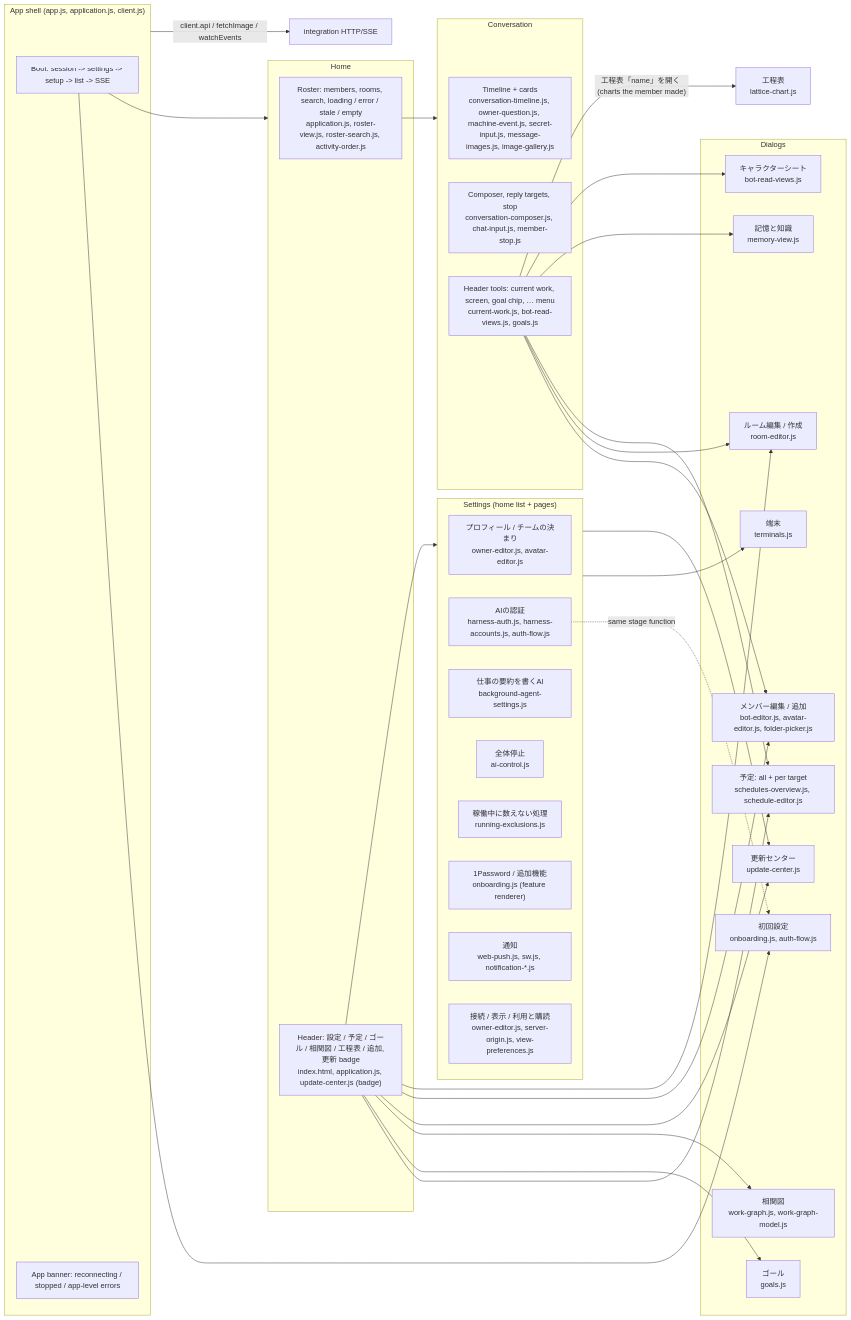
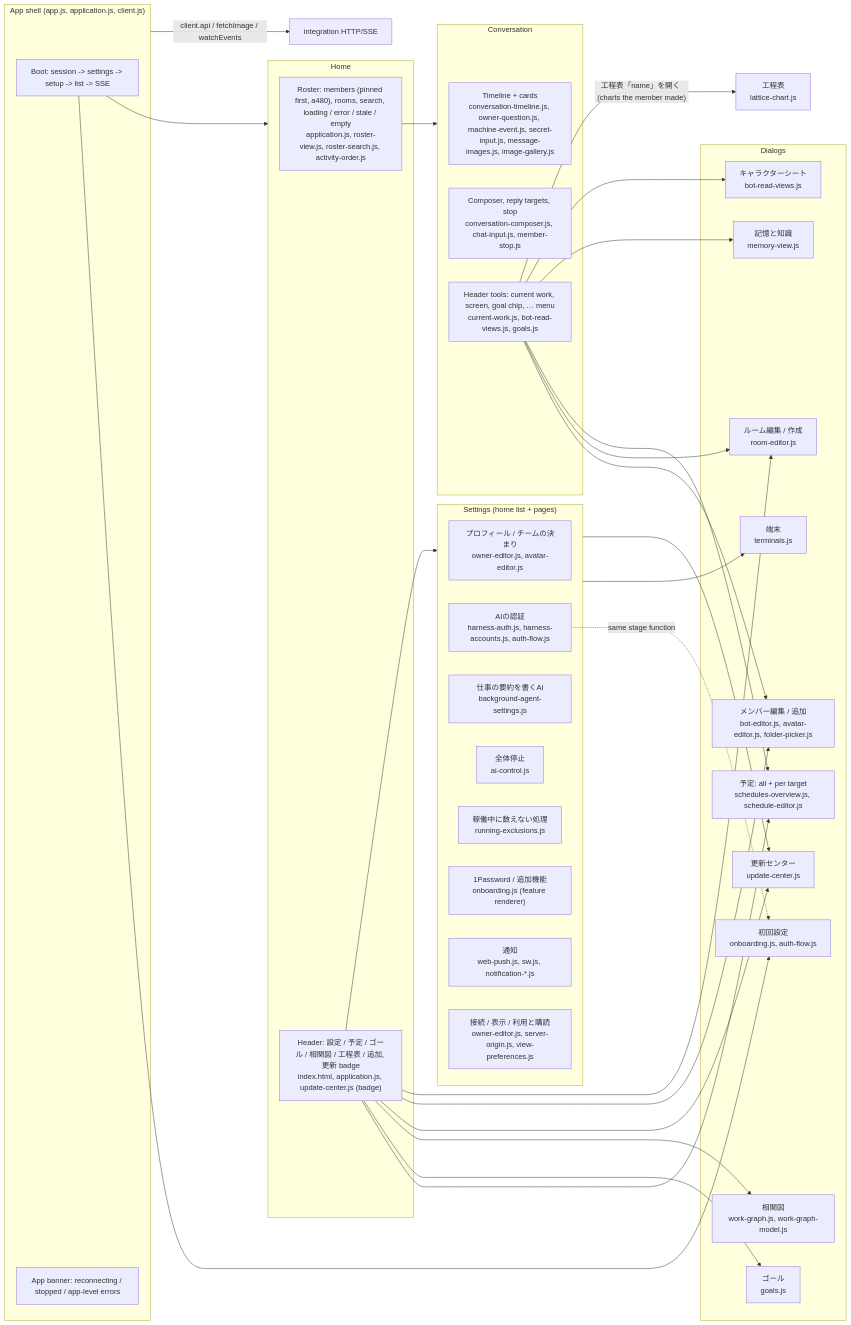
One commit to kitepon/BellTeam changed the diagram in docs/architecture/modules/web/user-functions.md. Above: the diagram before and after it, drawn with Mermaid. The commit also changed other lines of this file and 5 other files, not shown here.

Commit message:
a480-pin-web: pin/unpin a Bot from the Web member menu, pinned Bots first in the list

````diff
--- a/docs/architecture/modules/web/user-functions.md
+++ b/docs/architecture/modules/web/user-functions.md
@@ -5,58 +5,58 @@
 ```mermaid
 flowchart LR
   subgraph Shell["App shell (app.js, application.js, client.js)"]
     Boot["Boot: session -> settings -> setup -> list -> SSE"]
     Banner["App banner: reconnecting / stopped / app-level errors"]
   end
   subgraph Home["Home"]
-    Roster["Roster: members, rooms, search, loading / error / stale / empty<br/>application.js, roster-view.js, roster-search.js, activity-order.js"]
+    Roster["Roster: members (pinned first, a480), rooms, search, loading / error / stale / empty<br/>application.js, roster-view.js, roster-search.js, activity-order.js"]
     Header["Header: 設定 / 予定 / ゴール / 相関図 / 工程表 / 追加, 更新 badge<br/>index.html, application.js, update-center.js (badge)"]
   end
   subgraph Chat["Conversation"]
     Timeline["Timeline + cards<br/>conversation-timeline.js, owner-question.js, machine-event.js, secret-input.js, message-images.js, image-gallery.js"]
     Composer["Composer, reply targets, stop<br/>conversation-composer.js, chat-input.js, member-stop.js"]
     ChatTools["Header tools: current work, screen, goal chip, … menu<br/>current-work.js, bot-read-views.js, goals.js"]
   end
   subgraph Settings["Settings (home list + pages)"]
     SProfile["プロフィール / チームの決まり<br/>owner-editor.js, avatar-editor.js"]
     SAI["AIの認証<br/>harness-auth.js, harness-accounts.js, auth-flow.js"]
     SSum["仕事の要約を書くAI<br/>background-agent-settings.js"]
     SStop["全体停止<br/>ai-control.js"]
     SExcl["稼働中に数えない処理<br/>running-exclusions.js"]
     SFeat["1Password / 追加機能<br/>onboarding.js (feature renderer)"]
     SNotif["通知<br/>web-push.js, sw.js, notification-*.js"]
     SConn["接続 / 表示 / 利用と購読<br/>owner-editor.js, server-origin.js, view-preferences.js"]
   end
   subgraph Dialogs["Dialogs"]
     Upd["更新センター<br/>update-center.js"]
     Sched["予定: all + per target<br/>schedules-overview.js, schedule-editor.js"]
     Goals["ゴール<br/>goals.js"]
     Graph["相関図<br/>work-graph.js, work-graph-model.js"]
     Member["メンバー編集 / 追加<br/>bot-editor.js, avatar-editor.js, folder-picker.js"]
     Room["ルーム編集 / 作成<br/>room-editor.js"]
     Memory["記憶と知識<br/>memory-view.js"]
     Sheet["キャラクターシート<br/>bot-read-views.js"]
     Term["端末<br/>terminals.js"]
     Onb["初回設定<br/>onboarding.js, auth-flow.js"]
   end
   Boot --> Home
   Boot --> Onb
   Header --> Settings
   Header --> Sched
   Header --> Goals
   Header --> Graph
   Header --> Upd
   Header --> Member
   Header --> Room
   Roster --> Chat
   ChatTools --> Member
   ChatTools --> Room
   ChatTools --> Sched
   ChatTools --> Memory
   ChatTools --> Sheet
   ChatTools -->|"工程表「name」を開く (charts the member made)"| Lattice["工程表<br/>lattice-chart.js"]
   SAI -.same stage function.-> Onb
   Settings --> Term
   Settings --> Upd
   Shell -->|"client.api / fetchImage / watchEvents"| HTTP["integration HTTP/SSE"]
 ```
````
